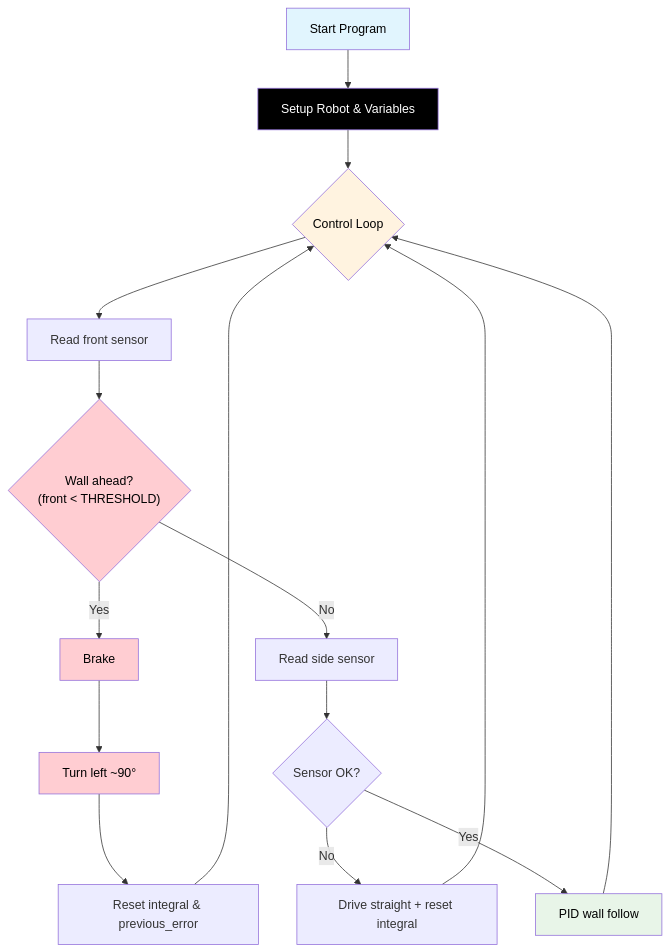
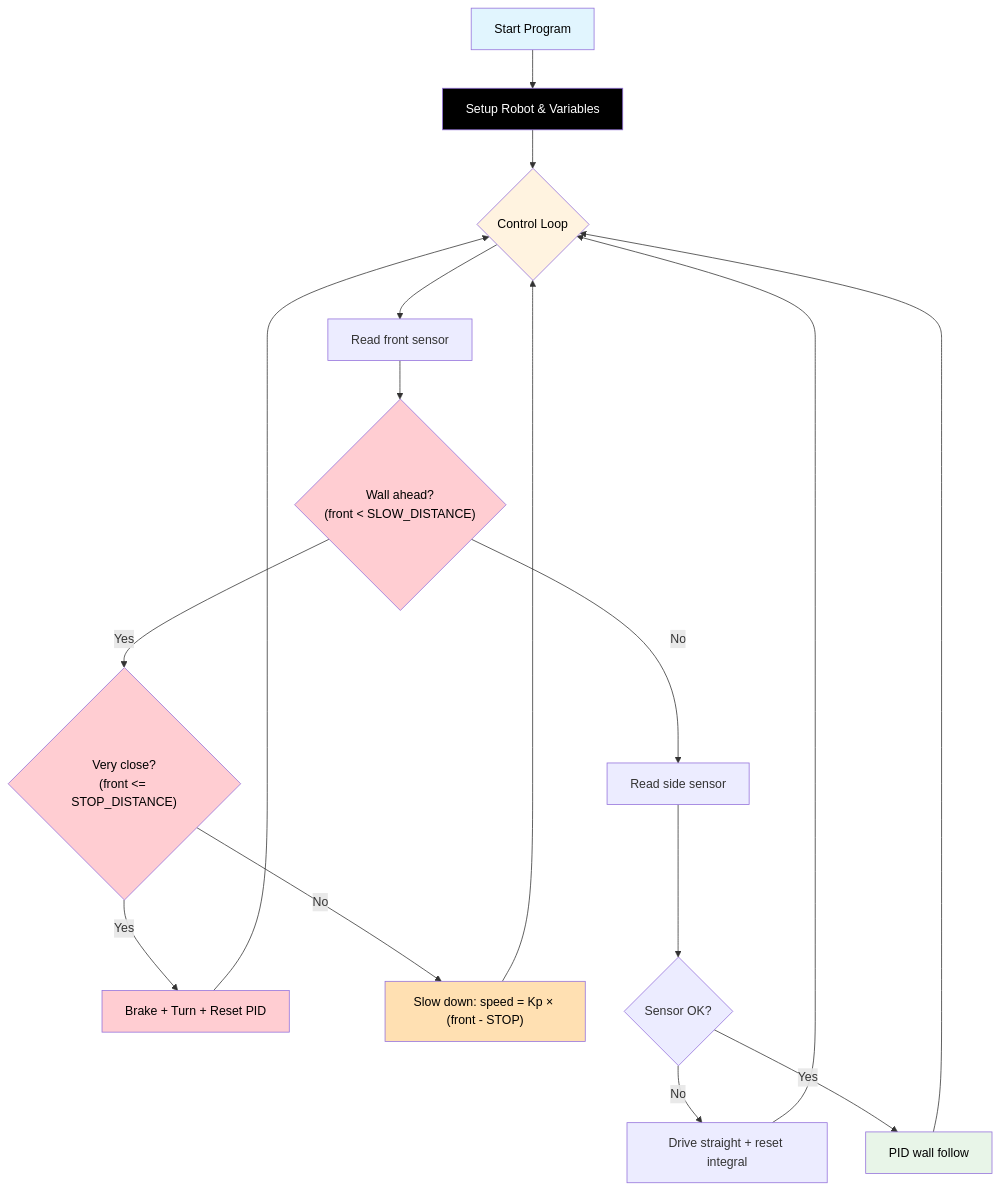
Before and after one commit to TempeHS/RP2040_Competition_Robot: the diagram in docs/Challenge_4.md, drawn with Mermaid. The commit also changed other lines of this file and 3 other files, not shown here.

Commit message:
feat: implement P-controlled deceleration for front sensor in wall-following logic

````diff
--- a/docs/Challenge_4.md
+++ b/docs/Challenge_4.md
@@ -29,25 +29,27 @@
 ```mermaid
 flowchart TD
     A[Start Program] --> B[Setup Robot & Variables]
     B --> C{Control Loop}
     C --> D[Read front sensor]
-    D --> E{"Wall ahead?<br>(front < THRESHOLD)"}
-    E -- Yes --> F[Brake]
-    F --> G[Turn left ~90°]
-    G --> H[Reset integral & previous_error]
+    D --> E{"Wall ahead?<br>(front < SLOW_DISTANCE)"}
+    E -- Yes --> F{"Very close?<br>(front <= STOP_DISTANCE)"}
+    F -- Yes --> G[Brake + Turn + Reset PID]
+    G --> C
+    F -- No --> H["Slow down: speed = Kp × (front - STOP)"]
     H --> C
     E -- No --> I[Read side sensor]
     I --> J{Sensor OK?}
     J -- No --> K[Drive straight + reset integral]
     K --> C
     J -- Yes --> L[PID wall follow]
     L --> C
 
     style A fill:#e1f5fe,color:#000000
     style B fill:#000000,color:#ffffff
     style C fill:#fff3e0,color:#000000
     style E fill:#ffcdd2,color:#000000
     style F fill:#ffcdd2,color:#000000
     style G fill:#ffcdd2,color:#000000
+    style H fill:#ffe0b2,color:#000000
     style L fill:#e8f5e8,color:#000000
 ```
````
